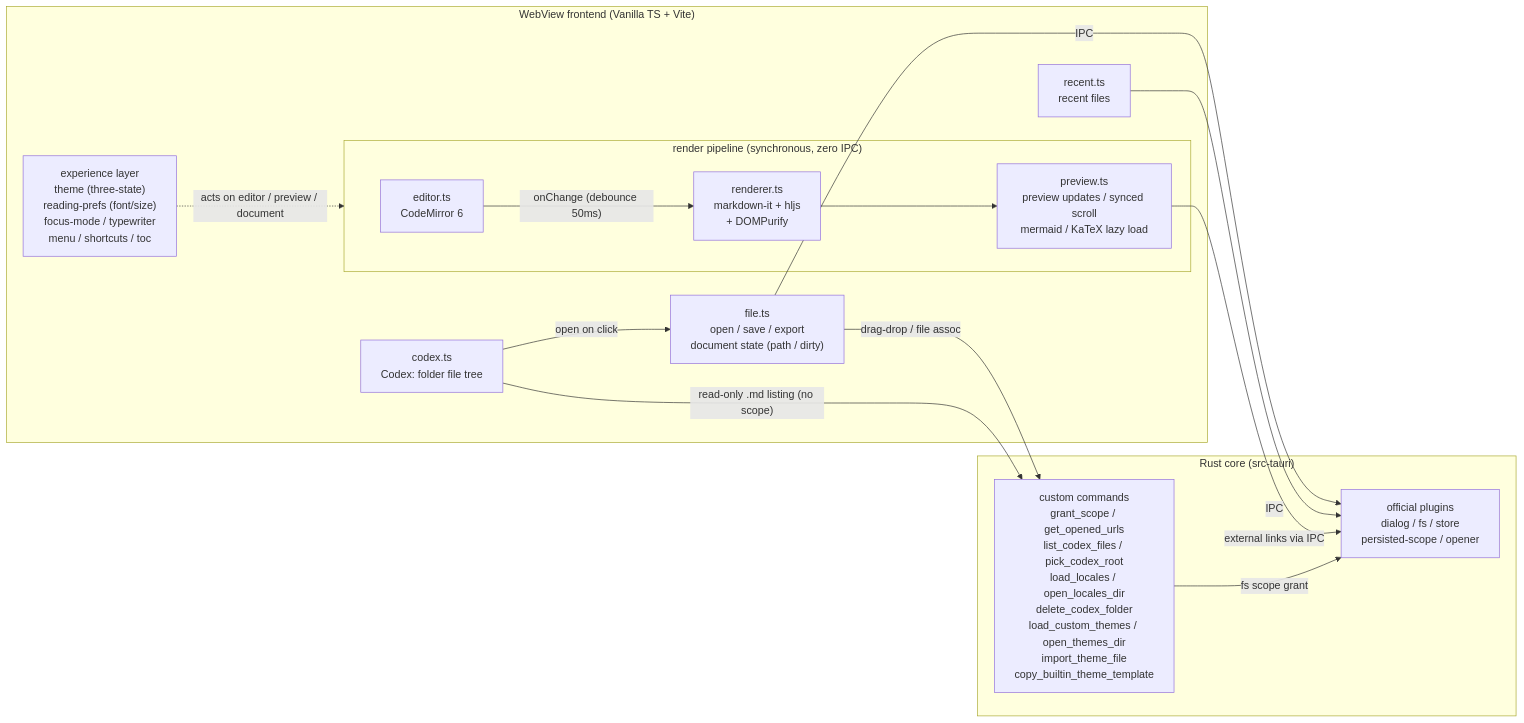
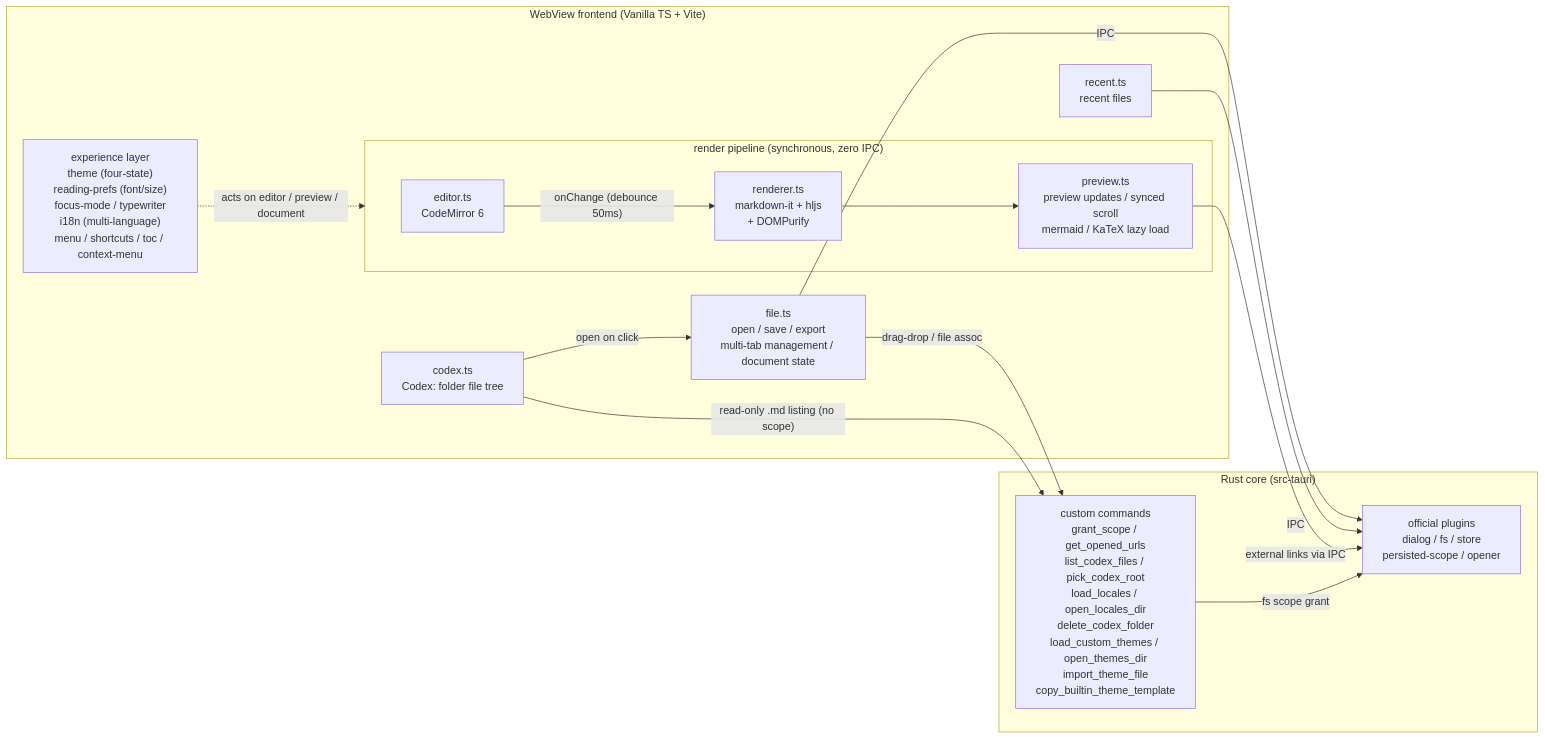
One commit to tznthou/plume changed the diagram in README_EN.md. Above: the diagram before and after it, drawn with Mermaid. The commit also changed other lines of this file and 1 other file, not shown here.

````diff
--- a/README_EN.md
+++ b/README_EN.md
@@ -69,27 +73,27 @@
 ```mermaid
 flowchart LR
     subgraph Frontend["WebView frontend (Vanilla TS + Vite)"]
         subgraph Pipeline["render pipeline (synchronous, zero IPC)"]
             Editor["editor.ts<br/>CodeMirror 6"]
             Renderer["renderer.ts<br/>markdown-it + hljs<br/>+ DOMPurify"]
             Preview["preview.ts<br/>preview updates / synced scroll<br/>mermaid / KaTeX lazy load"]
         end
-        UX["experience layer<br/>theme (three-state)<br/>reading-prefs (font/size)<br/>focus-mode / typewriter<br/>menu / shortcuts / toc"]
-        File["file.ts<br/>open / save / export<br/>document state (path / dirty)"]
+        UX["experience layer<br/>theme (four-state)<br/>reading-prefs (font/size)<br/>focus-mode / typewriter<br/>i18n (multi-language)<br/>menu / shortcuts / toc / context-menu"]
+        File["file.ts<br/>open / save / export<br/>multi-tab management / document state"]
         Recent["recent.ts<br/>recent files"]
         Codex["codex.ts<br/>Codex: folder file tree"]
     end
     subgraph Rust["Rust core (src-tauri)"]
         Plugins["official plugins<br/>dialog / fs / store<br/>persisted-scope / opener"]
         Commands["custom commands<br/>grant_scope / get_opened_urls<br/>list_codex_files / pick_codex_root<br/>load_locales / open_locales_dir<br/>delete_codex_folder<br/>load_custom_themes / open_themes_dir<br/>import_theme_file<br/>copy_builtin_theme_template"]
     end
     Editor -- "onChange (debounce 50ms)" --> Renderer --> Preview
     UX -. "acts on editor / preview / document" .-> Pipeline
     File -- IPC --> Plugins
     Recent -- IPC --> Plugins
     Preview -- "external links via IPC" --> Plugins
     File -- "drag-drop / file assoc" --> Commands
     Codex -- "read-only .md listing (no scope)" --> Commands
     Codex -- "open on click" --> File
     Commands -- "fs scope grant" --> Plugins
 ```
````
